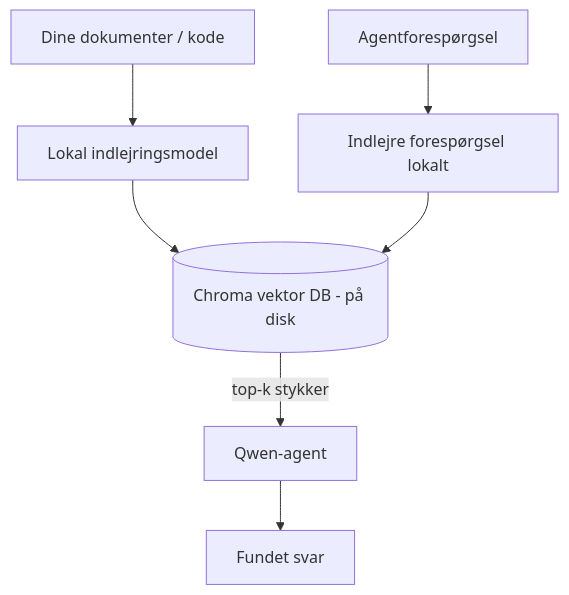
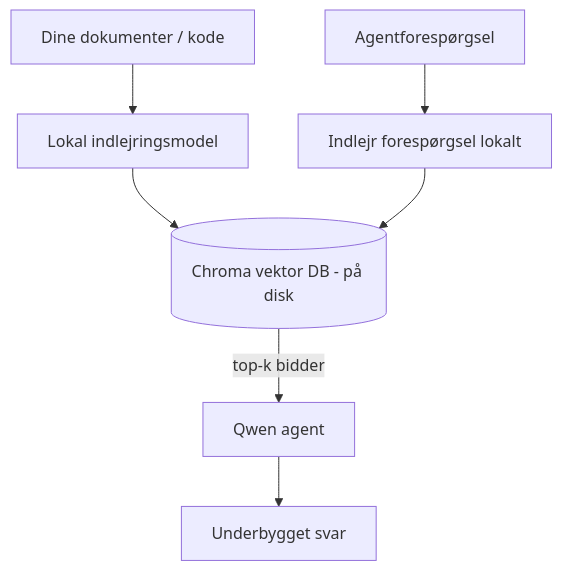
Before and after one commit to gabrielmoreira/agent-skills-mirror: the third of 4 diagrams in mirrors/repos/microsoft@ai-agents-for-beginners/translations/da/17-creating-local-ai-agents/README.md, drawn with Mermaid. The commit also changed other lines of this file and 4262 other files, not shown here.

````diff
--- a/mirrors/repos/microsoft@ai-agents-for-beginners/translations/da/17-creating-local-ai-agents/README.md
+++ b/mirrors/repos/microsoft@ai-agents-for-beginners/translations/da/17-creating-local-ai-agents/README.md
@@ -125,9 +125,9 @@
 ```mermaid
 flowchart TB
     D[Dine dokumenter / kode] --> E[Lokal indlejringsmodel]
     E --> V[(Chroma vektor DB - på disk)]
-    Q[Agentforespørgsel] --> QE[Indlejre forespørgsel lokalt]
+    Q[Agentforespørgsel] --> QE[Indlejr forespørgsel lokalt]
     QE --> V
-    V -->|top-k stykker| A[Qwen-agent]
-    A --> Ans[Fundet svar]
+    V -->|top-k bidder| A[Qwen agent]
+    A --> Ans[Underbygget svar]
 ```
````
